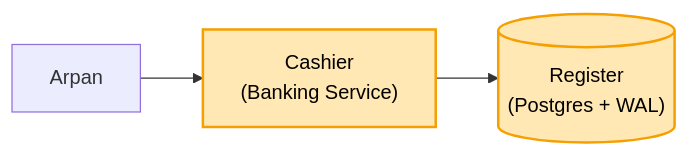
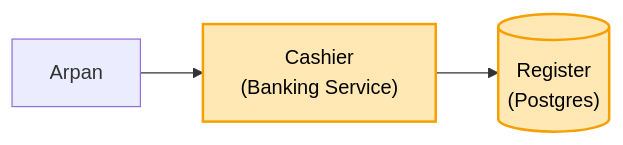
One commit to ArpanMaheshwari144/Prep changed the first of 4 diagrams in 04_HLD/SYSTEM_DESIGNS/13_banking_system/13_banking_system.md. Above: the diagram before and after it, drawn with Mermaid. The commit also changed other lines of this file and 18 other files, not shown here.

````diff
--- a/04_HLD/SYSTEM_DESIGNS/13_banking_system/13_banking_system.md
+++ b/04_HLD/SYSTEM_DESIGNS/13_banking_system/13_banking_system.md
@@ -38,7 +32,7 @@
 ```mermaid
 flowchart LR
     A["Arpan"] --> C["Cashier<br/>(Banking Service)"]
-    C --> R[("Register<br/>(Postgres + WAL)")]
+    C --> R[("Register<br/>(Postgres)")]
     style C fill:#ffe8b3,stroke:#f59f00,stroke-width:2px,color:#000
     style R fill:#ffe8b3,stroke:#f59f00,stroke-width:2px,color:#000
 ```
````
